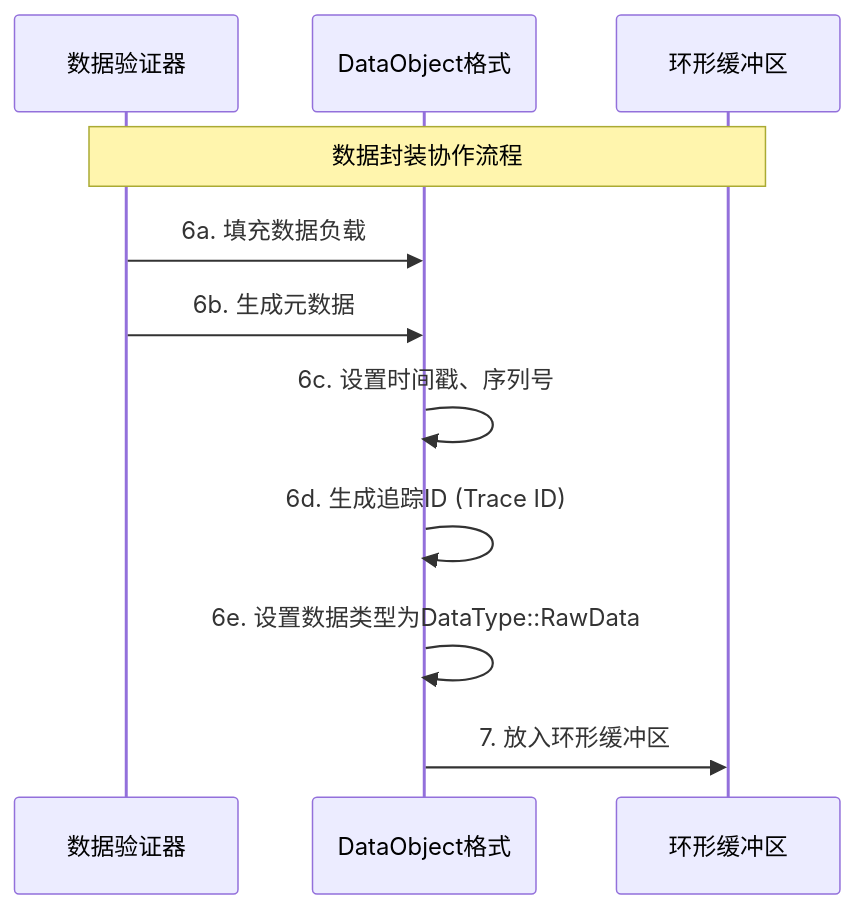
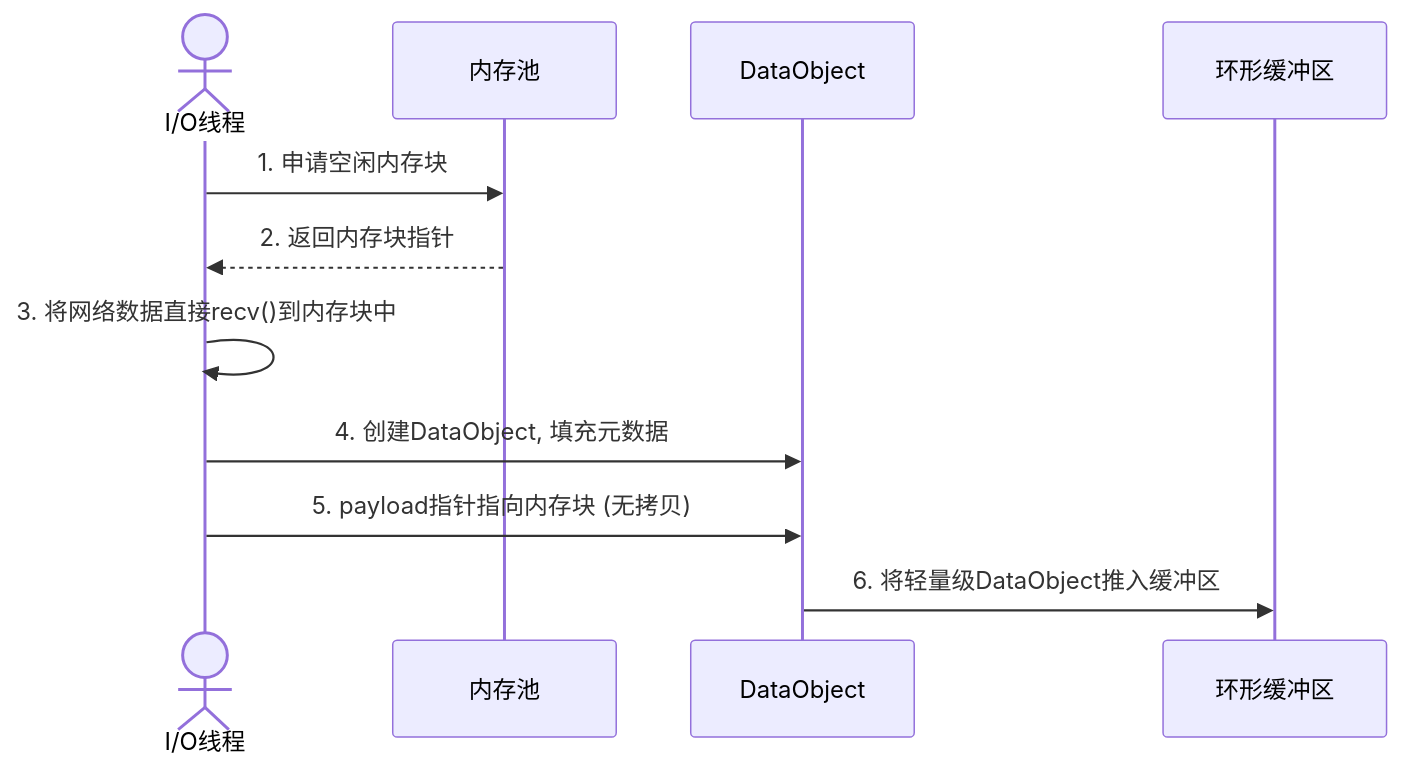
The fourth of 10 diagrams in docs/01_项目设计/02_模块设计/01_数据接收模块设计.md (wendizhou99-cell/Radar), drawn with Mermaid before and after one commit. The commit also changed other lines of this file and 7 other files, not shown here.

````diff
--- a/docs/01_项目设计/02_模块设计/01_数据接收模块设计.md
+++ b/docs/01_项目设计/02_模块设计/01_数据接收模块设计.md
@@ -222,16 +240,14 @@
 ```mermaid
 sequenceDiagram
-    participant Validator as 数据验证器
-    participant DataObject as DataObject格式
+    actor IO as I/O线程
+    participant MemPool as 内存池
+    participant DataObj as DataObject
     participant Buffer as 环形缓冲区
 
-    Note over Validator,Buffer: 数据封装协作流程
-
-    Validator->>DataObject: 6a. 填充数据负载
-    Validator->>DataObject: 6b. 生成元数据
-    DataObject->>DataObject: 6c. 设置时间戳、序列号
-    DataObject->>DataObject: 6d. 生成追踪ID (Trace ID)
-    DataObject->>DataObject: 6e. 设置数据类型为DataType::RawData
-
-    DataObject->>Buffer: 7. 放入环形缓冲区
+    IO->>MemPool: 1. 申请空闲内存块
+    MemPool-->>IO: 2. 返回内存块指针
+    IO->>IO: 3. 将网络数据直接recv()到内存块中
+    IO->>DataObj: 4. 创建DataObject, 填充元数据
+    IO->>DataObj: 5. payload指针指向内存块 (无拷贝)
+    DataObj->>Buffer: 6. 将轻量级DataObject推入缓冲区
 ```
````
